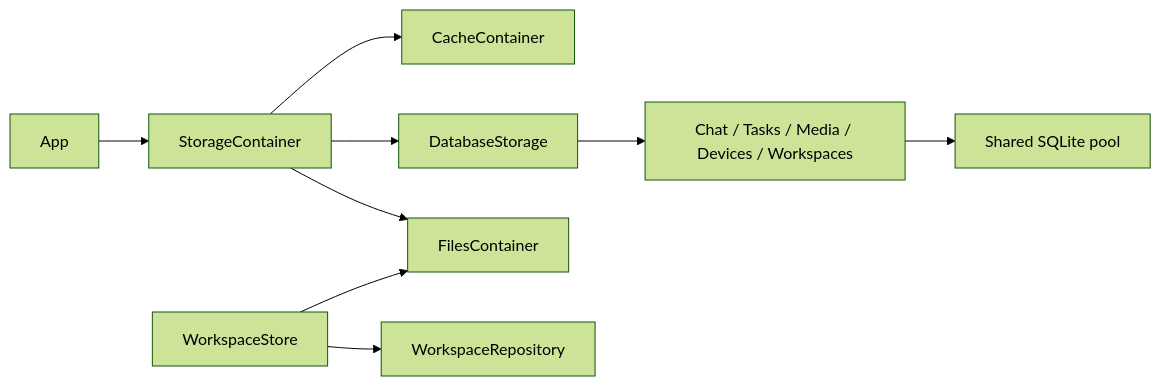
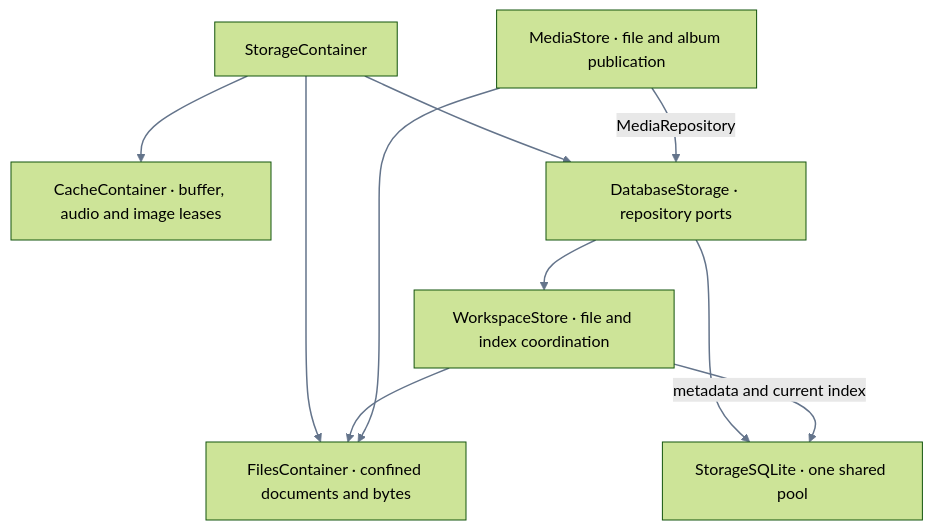
One commit to devilyouwei/MobileHarness changed the second of 2 diagrams in MobileHarness/Storage/README.md. Above: the diagram before and after it, drawn with Mermaid (forest theme). The commit also changed other lines of this file and 115 other files, not shown here.

````diff
--- a/MobileHarness/Storage/README.md
+++ b/MobileHarness/Storage/README.md
@@ -22,11 +36,13 @@
 ```mermaid
-flowchart LR
- App --> Root[StorageContainer]
- Root --> Cache[CacheContainer]
- Root --> DB[DatabaseStorage]
- Root --> Files[FilesContainer]
- DB --> Ports[Chat / Tasks / Media / Devices / Workspaces]
- Ports --> SQL[Shared SQLite pool]
- WorkspaceStore --> Files
- WorkspaceStore --> WorkspaceRepository
+flowchart TB
+    Root["StorageContainer"] --> Cache["CacheContainer · buffer, audio and image leases"]
+    Root --> Files["FilesContainer · confined documents and bytes"]
+    Root --> Database["DatabaseStorage · repository ports"]
+    Database --> SQLite["StorageSQLite · one shared pool"]
+    Database --> Workspaces["WorkspaceStore · file and index coordination"]
+    Media["MediaStore · file and album publication"] -->|MediaRepository| Database
+    Workspaces --> Files
+    Workspaces -->|metadata and current index| SQLite
+    Media --> Files
+    linkStyle default stroke:#64748b,stroke-width:1.5px
 ```
````
